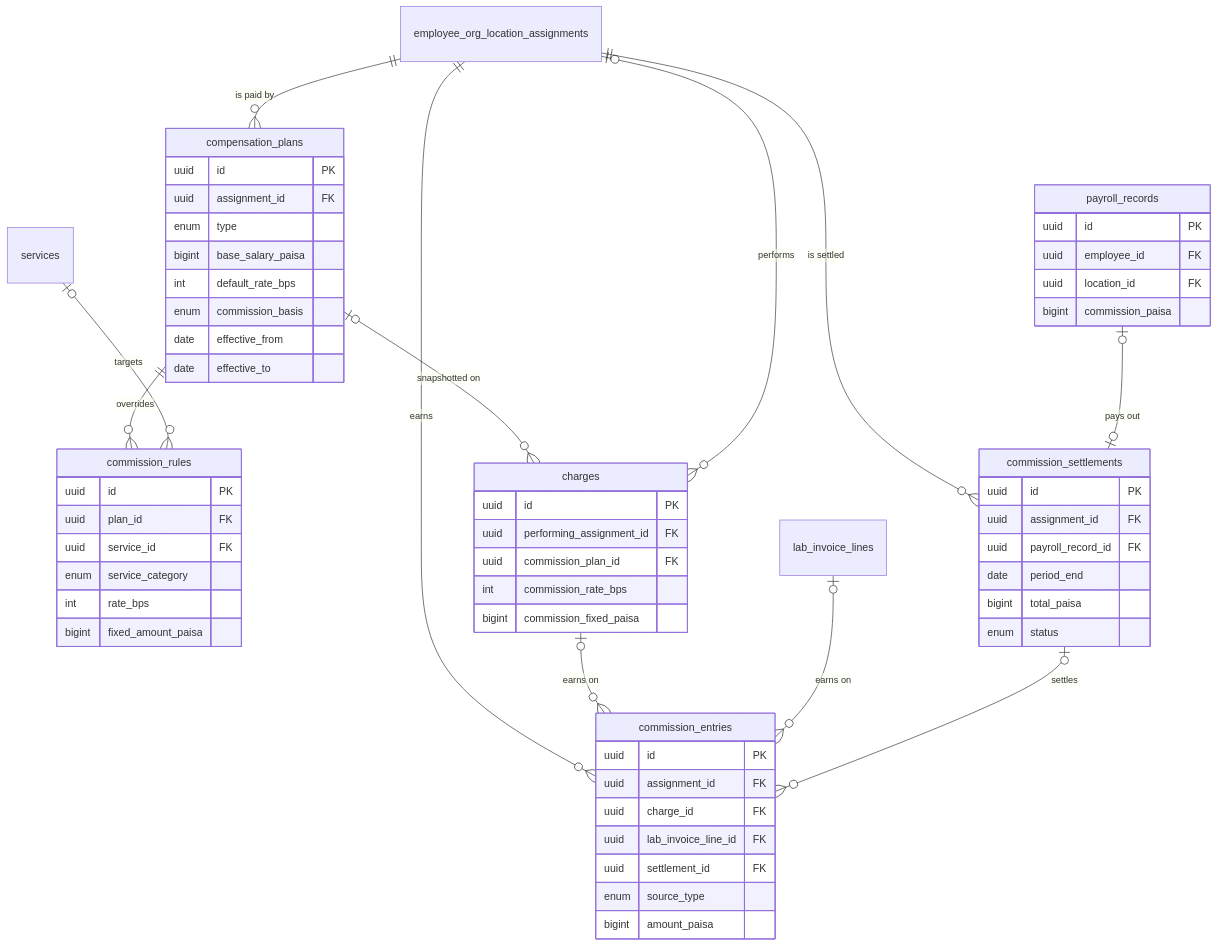
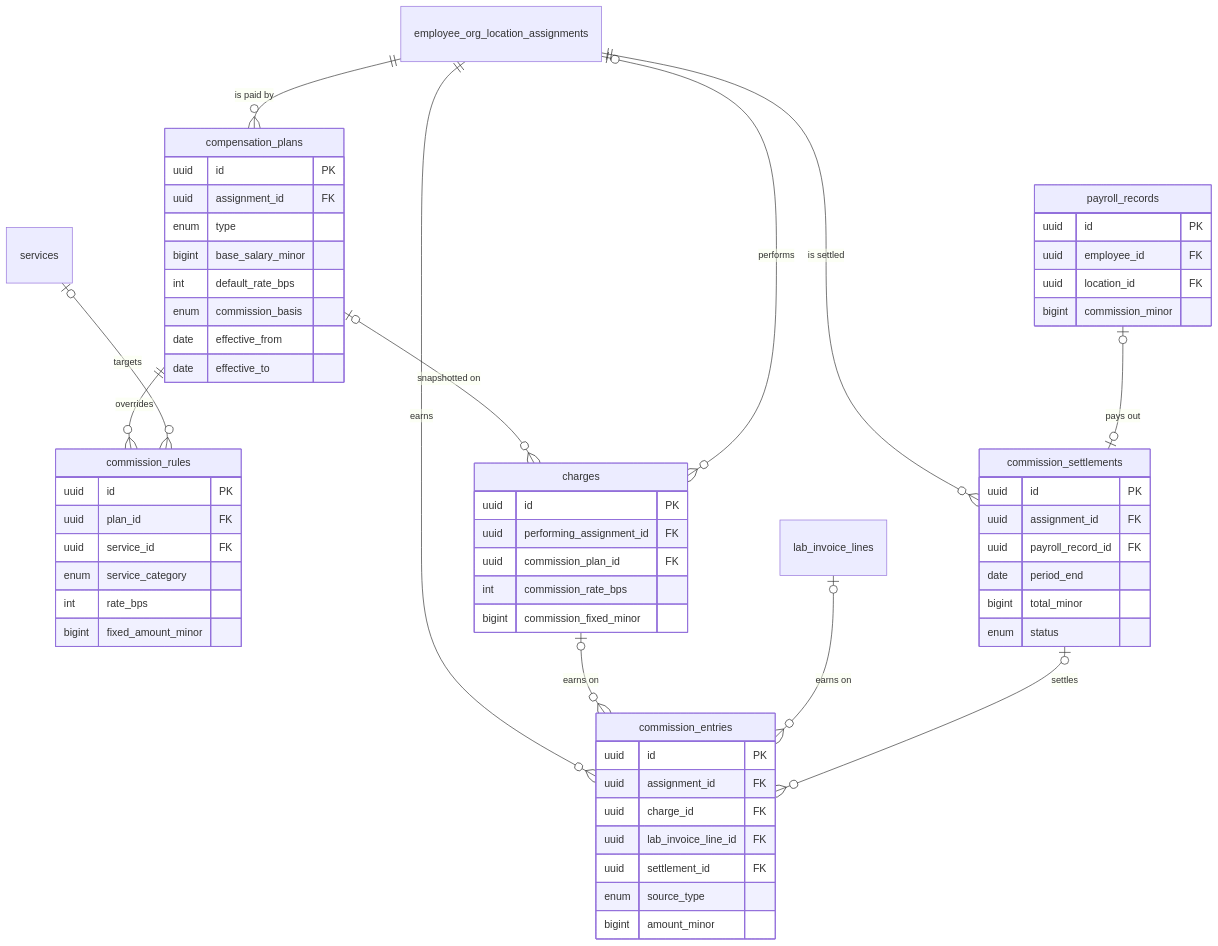
One commit to moinuddin2004/cms changed the diagram in docs/handbook/diagrams/ch35-commission-erd.mmd. Above: the diagram before and after it, drawn with Mermaid. The commit also changed 436 other files, not shown here.

```diff
--- a/docs/handbook/diagrams/ch35-commission-erd.mmd
+++ b/docs/handbook/diagrams/ch35-commission-erd.mmd
@@ -1,60 +1,60 @@
 erDiagram
     employee_org_location_assignments ||--o{ compensation_plans : "is paid by"
     compensation_plans ||--o{ commission_rules : overrides
     services |o--o{ commission_rules : targets
     compensation_plans |o--o{ charges : "snapshotted on"
     employee_org_location_assignments |o--o{ charges : performs
     employee_org_location_assignments ||--o{ commission_entries : earns
     charges |o--o{ commission_entries : "earns on"
     lab_invoice_lines |o--o{ commission_entries : "earns on"
     commission_settlements |o--o{ commission_entries : settles
     employee_org_location_assignments ||--o{ commission_settlements : "is settled"
     payroll_records |o--o| commission_settlements : "pays out"
     compensation_plans {
         uuid id PK
         uuid assignment_id FK
         enum type
-        bigint base_salary_paisa
+        bigint base_salary_minor
         int default_rate_bps
         enum commission_basis
         date effective_from
         date effective_to
     }
     commission_rules {
         uuid id PK
         uuid plan_id FK
         uuid service_id FK
         enum service_category
         int rate_bps
-        bigint fixed_amount_paisa
+        bigint fixed_amount_minor
     }
     charges {
         uuid id PK
         uuid performing_assignment_id FK
         uuid commission_plan_id FK
         int commission_rate_bps
-        bigint commission_fixed_paisa
+        bigint commission_fixed_minor
     }
     commission_entries {
         uuid id PK
         uuid assignment_id FK
         uuid charge_id FK
         uuid lab_invoice_line_id FK
         uuid settlement_id FK
         enum source_type
-        bigint amount_paisa
+        bigint amount_minor
     }
     commission_settlements {
         uuid id PK
         uuid assignment_id FK
         uuid payroll_record_id FK
         date period_end
-        bigint total_paisa
+        bigint total_minor
         enum status
     }
     payroll_records {
         uuid id PK
         uuid employee_id FK
         uuid location_id FK
-        bigint commission_paisa
+        bigint commission_minor
     }
```
